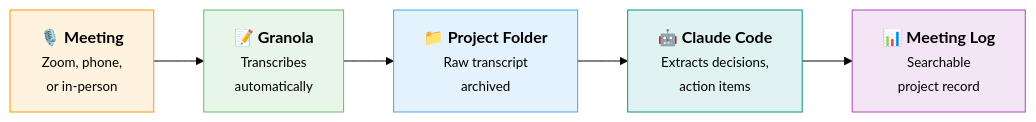
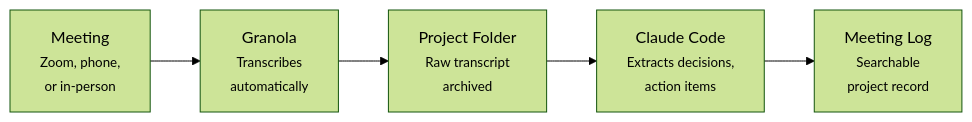
The diagram in docs/essentials/granola.md (XiongfeiLi6/claudeblattman), drawn with Mermaid (forest theme) before and after one commit. The commit also changed 2 other files, not shown here.

Commit message:
Remove homepage diagram, fix dark mode on remaining Mermaid diagrams
Delete three-tier diagram from homepage (didn't fit the page feel).
Remove hardcoded fill colors from project-management and granola
diagrams so they inherit theme-aware colors in dark mode.

````diff
--- a/docs/essentials/granola.md
+++ b/docs/essentials/granola.md
@@ -41,16 +41,10 @@
 ```mermaid
 graph LR
-    M["🎙️ <b>Meeting</b><br/><small>Zoom, phone,<br/>or in-person</small>"]
-    G["📝 <b>Granola</b><br/><small>Transcribes<br/>automatically</small>"]
-    F["📁 <b>Project Folder</b><br/><small>Raw transcript<br/>archived</small>"]
-    C["🤖 <b>Claude Code</b><br/><small>Extracts decisions,<br/>action items</small>"]
-    D["📊 <b>Meeting Log</b><br/><small>Searchable<br/>project record</small>"]
+    M["Meeting<br/><small>Zoom, phone,<br/>or in-person</small>"]
+    G["Granola<br/><small>Transcribes<br/>automatically</small>"]
+    F["Project Folder<br/><small>Raw transcript<br/>archived</small>"]
+    C["Claude Code<br/><small>Extracts decisions,<br/>action items</small>"]
+    D["Meeting Log<br/><small>Searchable<br/>project record</small>"]
 
     M --> G --> F --> C --> D
-
-    style M fill:#fff3e0, stroke:#ff9800
-    style G fill:#e8f5e9, stroke:#66bb6a
-    style F fill:#e3f2fd, stroke:#42a5f5
-    style C fill:#e0f2f1, stroke:#009688
-    style D fill:#f3e5f5, stroke:#ab47bc
 ```
````
